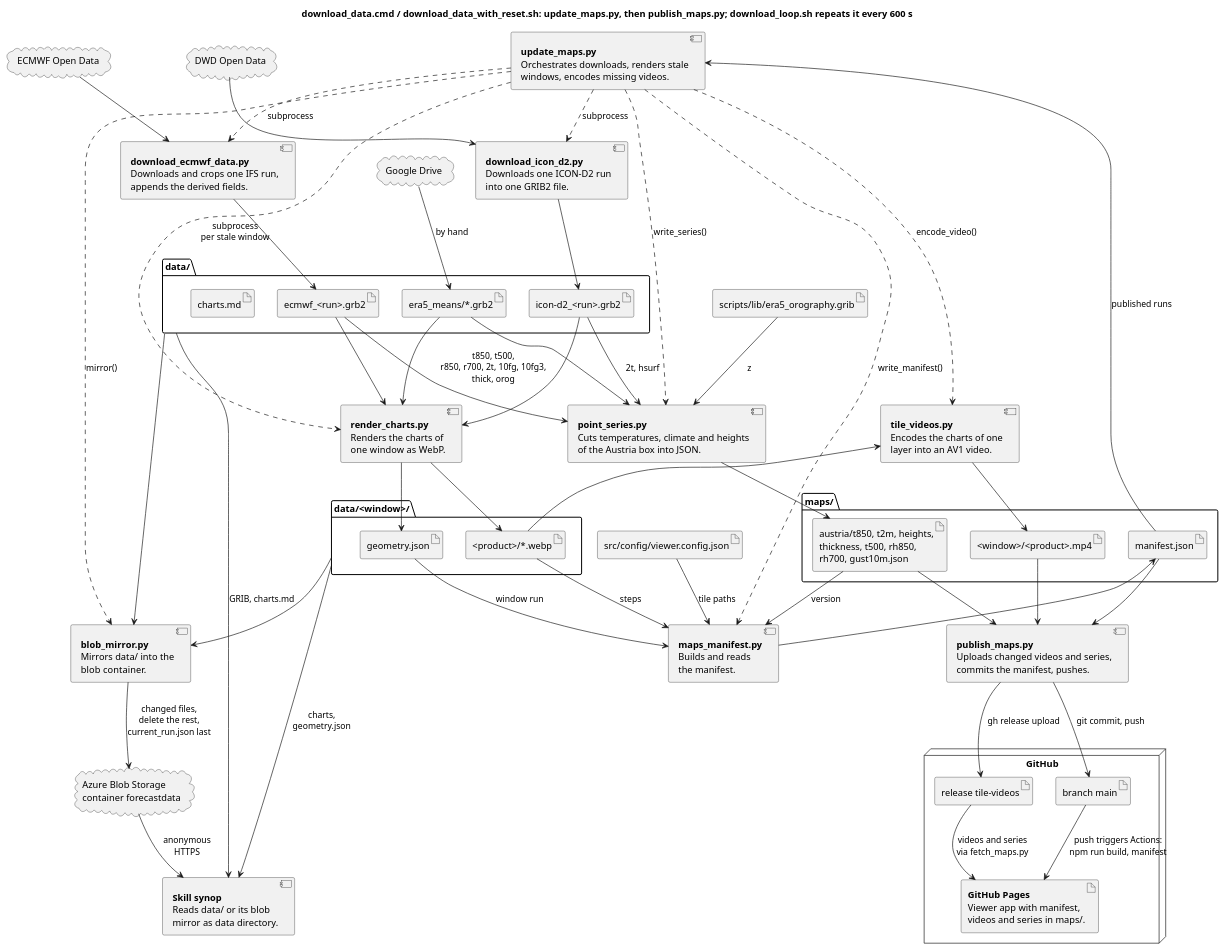
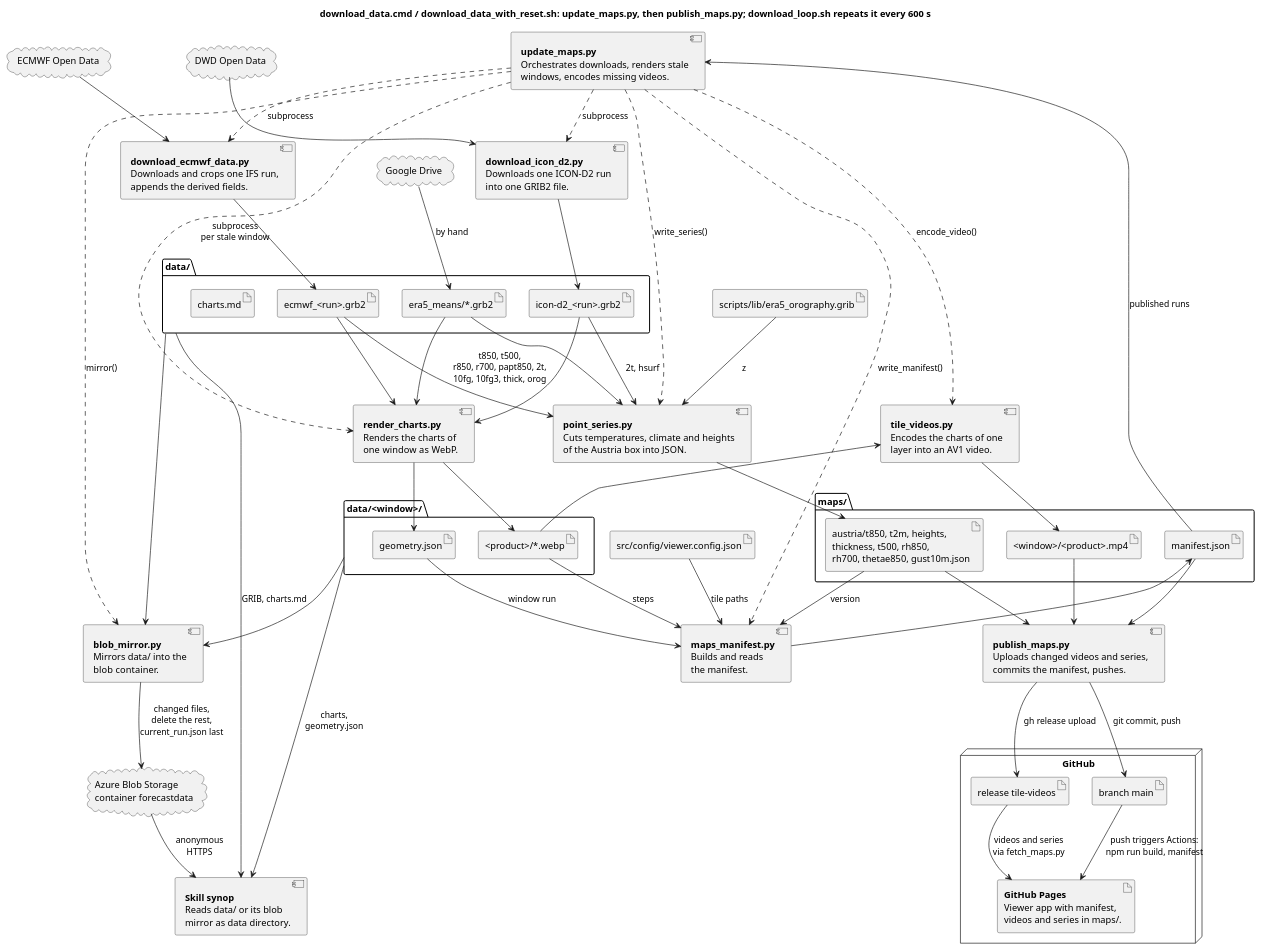
One commit to schletz/wetterkartenviewer changed the first of 5 diagrams in REFERENCE.scripts.md. Above: the diagram before and after it, drawn with PlantUML. The commit also changed other lines of this file and 19 other files, not shown here.

```diff
--- a/REFERENCE.scripts.md
+++ b/REFERENCE.scripts.md
@@ -98,7 +98,7 @@
 }
 folder "maps/" {
  artifact "<window>/<product>.mp4" as videos
- artifact "austria/t850, t2m, heights,\nthickness, t500, rh850,\nrh700, gust10m.json" as series
+ artifact "austria/t850, t2m, heights,\nthickness, t500, rh850,\nrh700, thetae850, gust10m.json" as series
  artifact "manifest.json" as manifest
 }
 artifact "src/config/viewer.config.json" as config
@@ -131,7 +131,7 @@
 render_charts --> geometry
 charts --> tile_videos
 tile_videos --> videos
-ecmwf_grib --> point_series : t850, t500,\nr850, r700, 2t, 10fg, 10fg3,\nthick, orog
+ecmwf_grib --> point_series : t850, t500,\nr850, r700, papt850, 2t,\n10fg, 10fg3, thick, orog
 icon_grib --> point_series : 2t, hsurf
 era5 --> point_series
 era5_orog --> point_series : z
```
